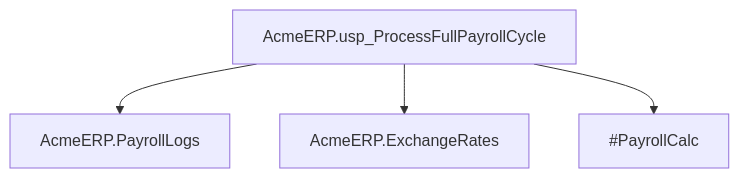
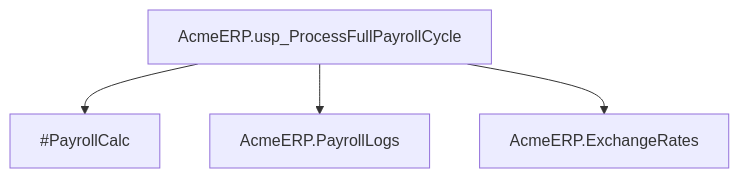
Before and after one commit to 25Jayesh10/Data_Lineage_Analyzer: the second of 7 diagrams in document/procedures.md, drawn with Mermaid. The commit also changed other lines of this file and 6 other files, not shown here.

````diff
--- a/document/procedures.md
+++ b/document/procedures.md
@@ -92,6 +91,6 @@
 ```mermaid
 graph TD
+    AcmeERP.usp_ProcessFullPayrollCycle --> #PayrollCalc
     AcmeERP.usp_ProcessFullPayrollCycle --> AcmeERP.PayrollLogs
     AcmeERP.usp_ProcessFullPayrollCycle --> AcmeERP.ExchangeRates
-    AcmeERP.usp_ProcessFullPayrollCycle --> #PayrollCalc
 ```
````
